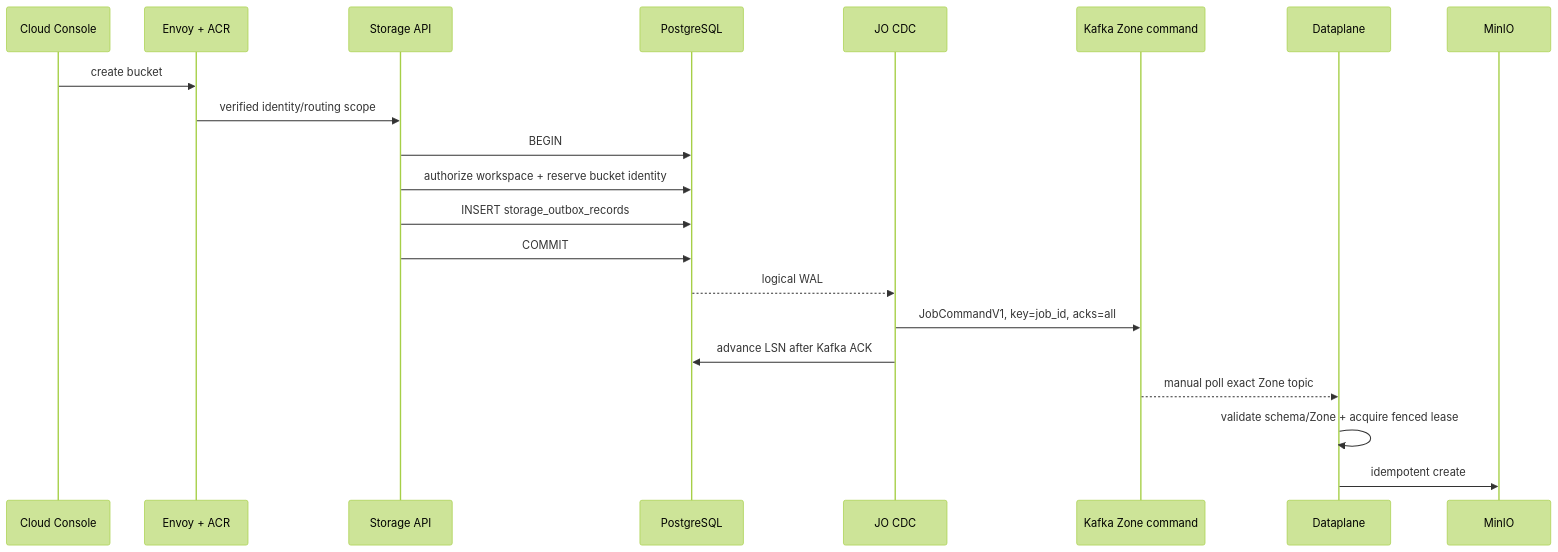
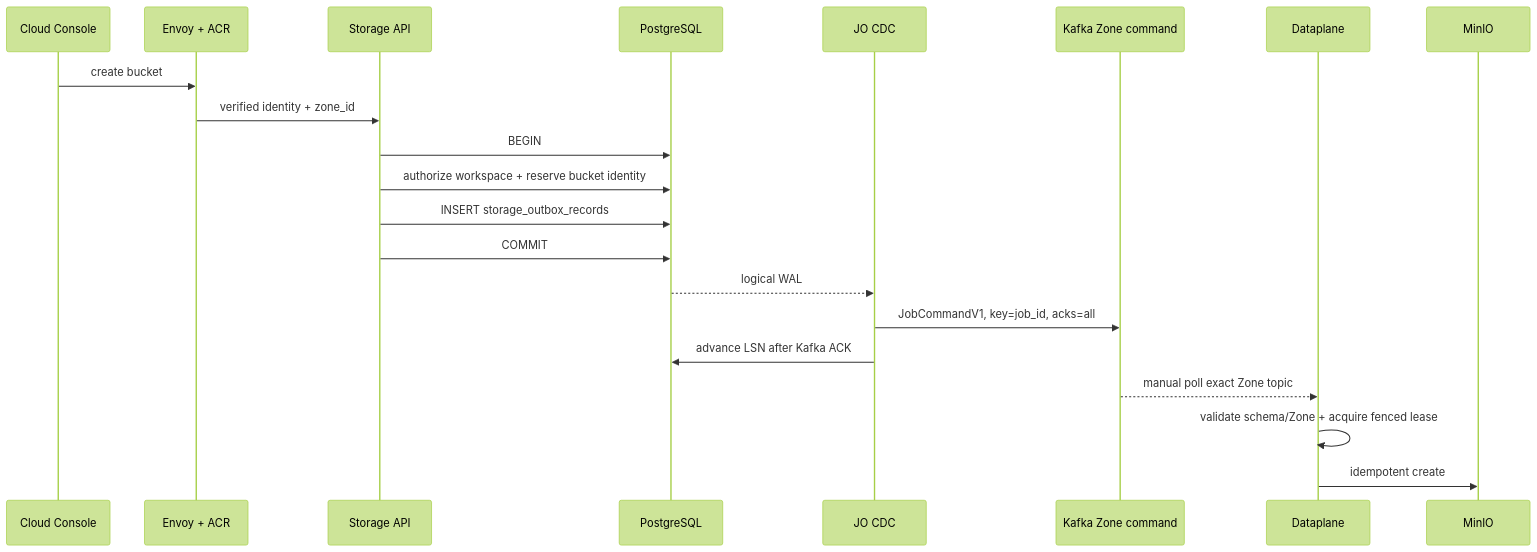
Before and after one commit to phucle996/aurora: the second of 3 diagrams in god_view/storage/bucket_creation_god_view.md, drawn with Mermaid (forest theme). The commit also changed 27 other files, not shown here.

Commit message:
refactor: replace routing_scope with typed zone_id UUID in outbox schemas and services

````diff
--- a/god_view/storage/bucket_creation_god_view.md
+++ b/god_view/storage/bucket_creation_god_view.md
@@ -68,24 +68,24 @@
 ```mermaid
 sequenceDiagram
     participant UI as Cloud Console
     participant Edge as Envoy + ACR
     participant CP as Storage API
     participant DB as PostgreSQL
     participant JO as JO CDC
     participant K as Kafka Zone command
     participant DP as Dataplane
     participant S3 as MinIO
 
     UI->>Edge: create bucket
-    Edge->>CP: verified identity/routing scope
+    Edge->>CP: verified identity + zone_id
     CP->>DB: BEGIN
     CP->>DB: authorize workspace + reserve bucket identity
     CP->>DB: INSERT storage_outbox_records
     CP->>DB: COMMIT
     DB-->>JO: logical WAL
     JO->>K: JobCommandV1, key=job_id, acks=all
     JO->>DB: advance LSN after Kafka ACK
     K-->>DP: manual poll exact Zone topic
     DP->>DP: validate schema/Zone + acquire fenced lease
     DP->>S3: idempotent create
 ```
````
